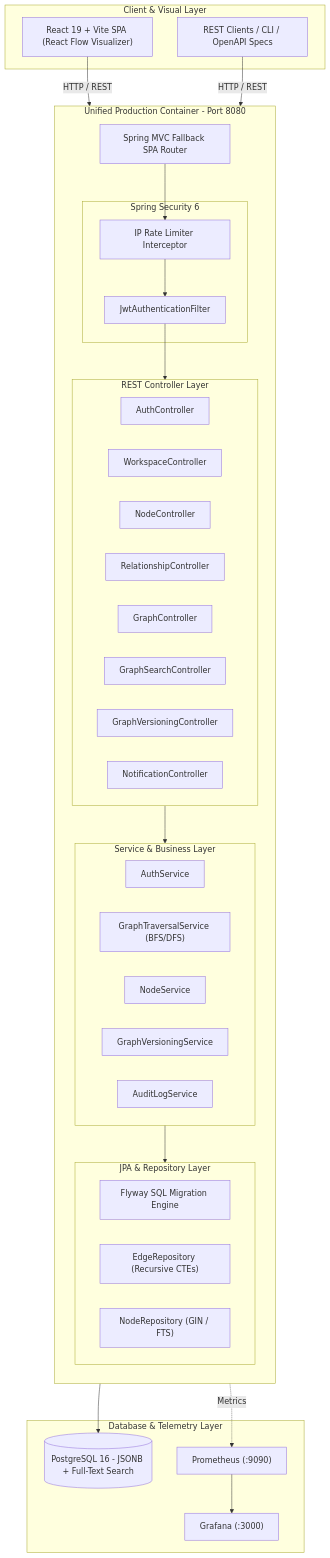
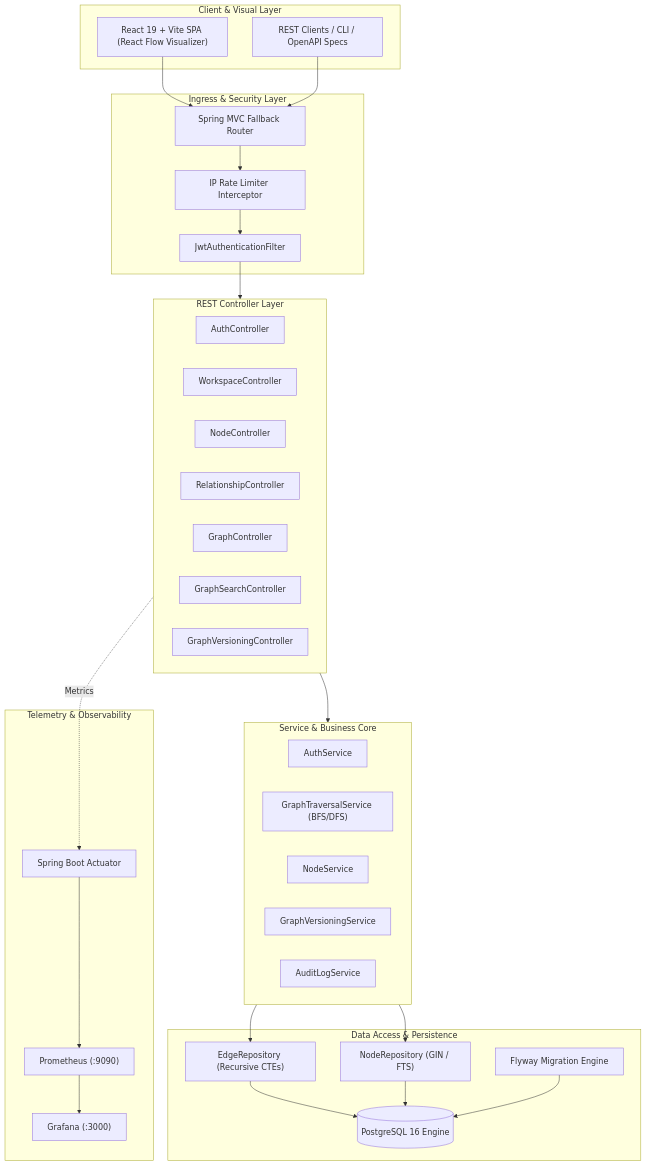
One commit to Kavyanjali07/KnowledgeNetwork changed the diagram in README.md. Above: the diagram before and after it, drawn with Mermaid.

Commit message:
Fix Mermaid diagram rendering in README.md

````diff
--- a/README.md
+++ b/README.md
@@ -87,59 +87,59 @@
 ```mermaid
 flowchart TB
-    subgraph Client_Layer [Client & Visual Layer]
+    subgraph Client_Layer ["Client & Visual Layer"]
         WebUI["React 19 + Vite SPA (React Flow Visualizer)"]
         APIClients["REST Clients / CLI / OpenAPI Specs"]
     end
 
-    subgraph Container_Runtime [Unified Production Container - Port 8080]
-        direction TB
-        SPARouter["Spring MVC Fallback SPA Router"]
-        
-        subgraph Spring_Security [Spring Security 6]
-            JWTFilter["JwtAuthenticationFilter"]
-            RateLimiter["IP Rate Limiter Interceptor"]
-        end
-
-        subgraph Application_Controllers [REST Controller Layer]
-            AuthCtrl["AuthController"]
-            WorkCtrl["WorkspaceController"]
-            NodeCtrl["NodeController"]
-            EdgeCtrl["RelationshipController"]
-            GraphCtrl["GraphController"]
-            SearchCtrl["GraphSearchController"]
-            VersionCtrl["GraphVersioningController"]
-            NotifCtrl["NotificationController"]
-        end
-
-        subgraph Service_Core [Service & Business Layer]
-            AuthSvc["AuthService"]
-            GraphSvc["GraphTraversalService (BFS/DFS)"]
-            NodeSvc["NodeService"]
-            VersionSvc["GraphVersioningService"]
-            AuditSvc["AuditLogService"]
-        end
-
-        subgraph Data_Access [JPA & Repository Layer]
-            Flyway["Flyway SQL Migration Engine"]
-            EdgeRepo["EdgeRepository (Recursive CTEs)"]
-            NodeRepo["NodeRepository (GIN / FTS)"]
-        end
+    subgraph Edge_Security ["Ingress & Security Layer"]
+        SPARouter["Spring MVC Fallback Router"]
+        RateLimiter["IP Rate Limiter Interceptor"]
+        JWTFilter["JwtAuthenticationFilter"]
     end
 
-    subgraph Data_Persistence [Database & Telemetry Layer]
-        DB[(PostgreSQL 16 - JSONB + Full-Text Search)]
+    subgraph App_Controllers ["REST Controller Layer"]
+        AuthCtrl["AuthController"]
+        WorkCtrl["WorkspaceController"]
+        NodeCtrl["NodeController"]
+        EdgeCtrl["RelationshipController"]
+        GraphCtrl["GraphController"]
+        SearchCtrl["GraphSearchController"]
+        VersionCtrl["GraphVersioningController"]
+    end
+
+    subgraph Service_Layer ["Service & Business Core"]
+        AuthSvc["AuthService"]
+        GraphSvc["GraphTraversalService (BFS/DFS)"]
+        NodeSvc["NodeService"]
+        VersionSvc["GraphVersioningService"]
+        AuditSvc["AuditLogService"]
+    end
+
+    subgraph Data_Layer ["Data Access & Persistence"]
+        Flyway["Flyway Migration Engine"]
+        EdgeRepo["EdgeRepository (Recursive CTEs)"]
+        NodeRepo["NodeRepository (GIN / FTS)"]
+        DB[("PostgreSQL 16 Engine")]
+    end
+
+    subgraph Monitoring_Layer ["Telemetry & Observability"]
+        Actuator["Spring Boot Actuator"]
         Prometheus["Prometheus (:9090)"]
         Grafana["Grafana (:3000)"]
     end
 
-    WebUI -->|HTTP / REST| SPARouter
-    APIClients -->|HTTP / REST| SPARouter
+    WebUI --> SPARouter
+    APIClients --> SPARouter
     SPARouter --> RateLimiter
     RateLimiter --> JWTFilter
-    JWTFilter --> Application_Controllers
-    Application_Controllers --> Service_Core
-    Service_Core --> Data_Access
-    Data_Access --> DB
-    Application_Controllers -. Metrics .-> Prometheus
+    JWTFilter --> App_Controllers
+    App_Controllers --> Service_Layer
+    Service_Layer --> EdgeRepo
+    Service_Layer --> NodeRepo
+    EdgeRepo --> DB
+    NodeRepo --> DB
+    Flyway --> DB
+    App_Controllers -. Metrics .-> Actuator
+    Actuator --> Prometheus
     Prometheus --> Grafana
 ```
````
